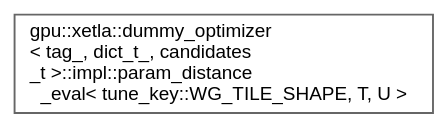
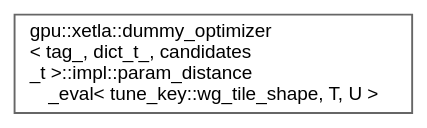
The diagram in docs/inherit_graph_54.dot (intel/xetla), drawn with Graphviz before and after one commit. The commit also changed 313 other files, not shown here.

```diff
--- a/docs/inherit_graph_54.dot
+++ b/docs/inherit_graph_54.dot
@@ -1,9 +1,9 @@
 digraph "Graphical Class Hierarchy"
 {
  // LATEX_PDF_SIZE
   bgcolor="transparent";
   edge [fontname=Helvetica,fontsize=10,labelfontname=Helvetica,labelfontsize=10];
   node [fontname=Helvetica,fontsize=10,shape=box,height=0.2,width=0.4];
   rankdir="LR";
-  Node0 [id="Node000000",label="gpu::xetla::dummy_optimizer\l\< tag_, dict_t_, candidates\l_t \>::impl::param_distance\l_eval\< tune_key::WG_TILE_SHAPE, T, U \>",height=0.2,width=0.4,color="grey40", fillcolor="white", style="filled",URL="$structgpu_1_1xetla_1_1dummy__optimizer_1_1impl_1_1param__distance__eval_3_01tune__key_1_1WG__TILE__SHAPE_00_01T_00_01U_01_4.html",tooltip=" "];
+  Node0 [id="Node000000",label="gpu::xetla::dummy_optimizer\l\< tag_, dict_t_, candidates\l_t \>::impl::param_distance\l_eval\< tune_key::wg_tile_shape, T, U \>",height=0.2,width=0.4,color="grey40", fillcolor="white", style="filled",URL="$structgpu_1_1xetla_1_1dummy__optimizer_1_1impl_1_1param__distance__eval_3_01tune__key_1_1wg__tile__shape_00_01T_00_01U_01_4.html",tooltip=" "];
 }
```
